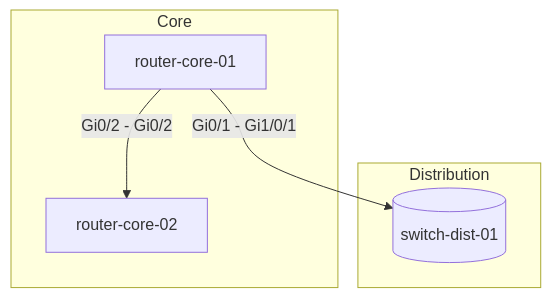
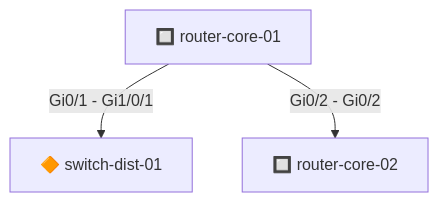
The diagram in Volume-2-Practical-Applications/Chapters/Chapter-13-Network-Documentation-Basics.md (eduardd76/AI_for_networking_and_security_engineers), drawn with Mermaid before and after one commit. The commit also changed other lines of this file, not shown here.

````diff
--- a/Volume-2-Practical-Applications/Chapters/Chapter-13-Network-Documentation-Basics.md
+++ b/Volume-2-Practical-Applications/Chapters/Chapter-13-Network-Documentation-Basics.md
@@ -219,13 +430,9 @@
 ```mermaid
 flowchart TB
-    subgraph Core
-        R1[router-core-01]
-        R2[router-core-02]
-    end
-    subgraph Distribution
-        SW1[(switch-dist-01)]
-    end
+    R1["🔲 router-core-01"]
+    R2["🔲 router-core-02"]
+    SW1["🔶 switch-dist-01"]
     
     R1 -->|Gi0/1 - Gi1/0/1| SW1
     R1 -->|Gi0/2 - Gi0/2| R2
 ```
````
